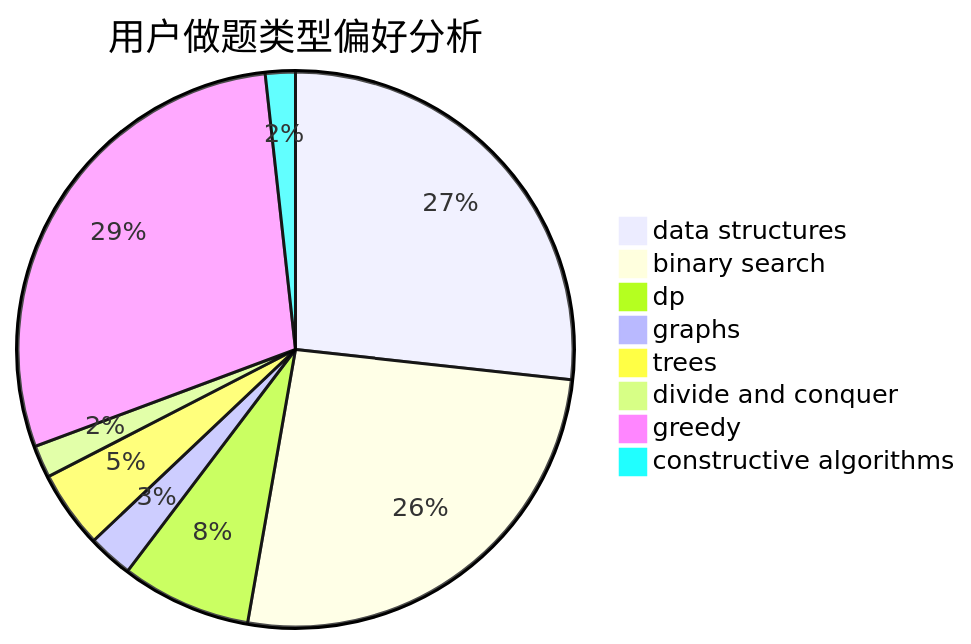
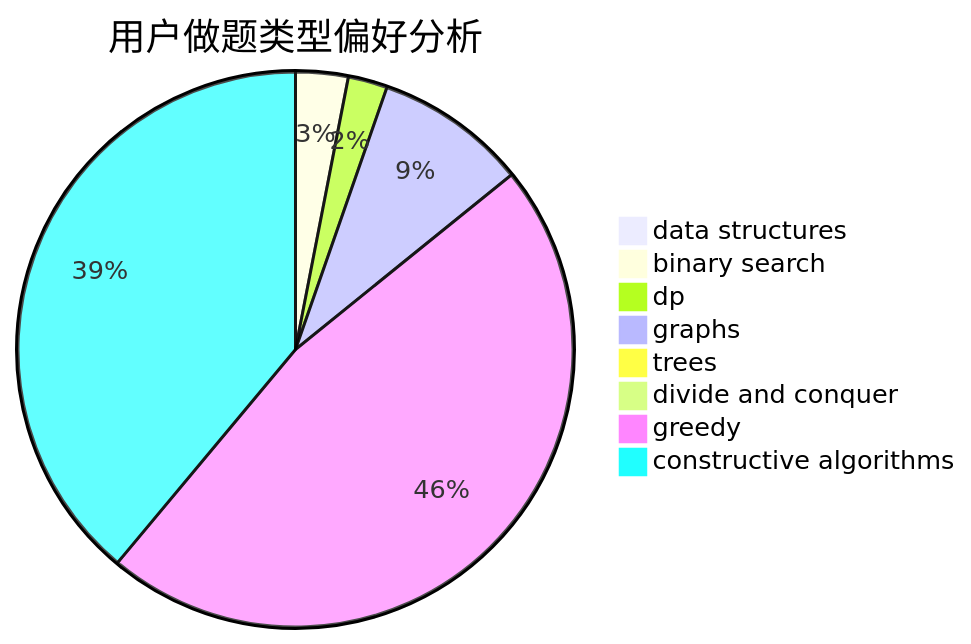
Before and after one commit to sherpahu/cfrs.github.io: the second of 3 diagrams in docs/user/u1219.md, drawn with Mermaid. The commit also changed other lines of this file and 2770 other files, not shown here.

````diff
--- a/docs/user/u1219.md
+++ b/docs/user/u1219.md
@@ -23,11 +23,11 @@
 ```mermaid
 pie title 用户做题类型偏好分析
-    "data structures" :  184
-    "binary search" :  179
-    "dp" :  52
-    "graphs" :  18
-    "trees" :  31
-    "divide and conquer" :  13
-    "greedy" :  199
-    "constructive algorithms" :  12
+    "data structures" :  3
+    "binary search" :  28
+    "dp" :  21
+    "graphs" :  81
+    "trees" :  5
+    "divide and conquer" :  0
+    "greedy" :  430
+    "constructive algorithms" :  357
 ```
````
